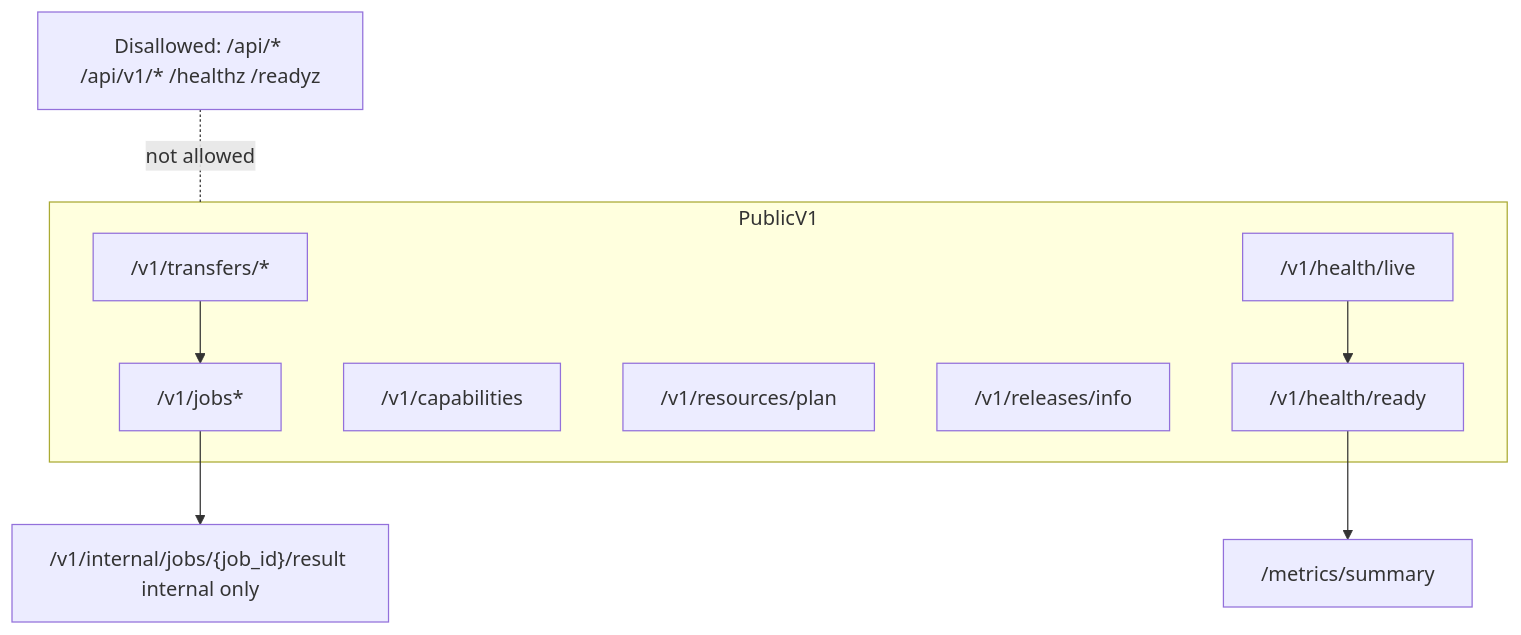
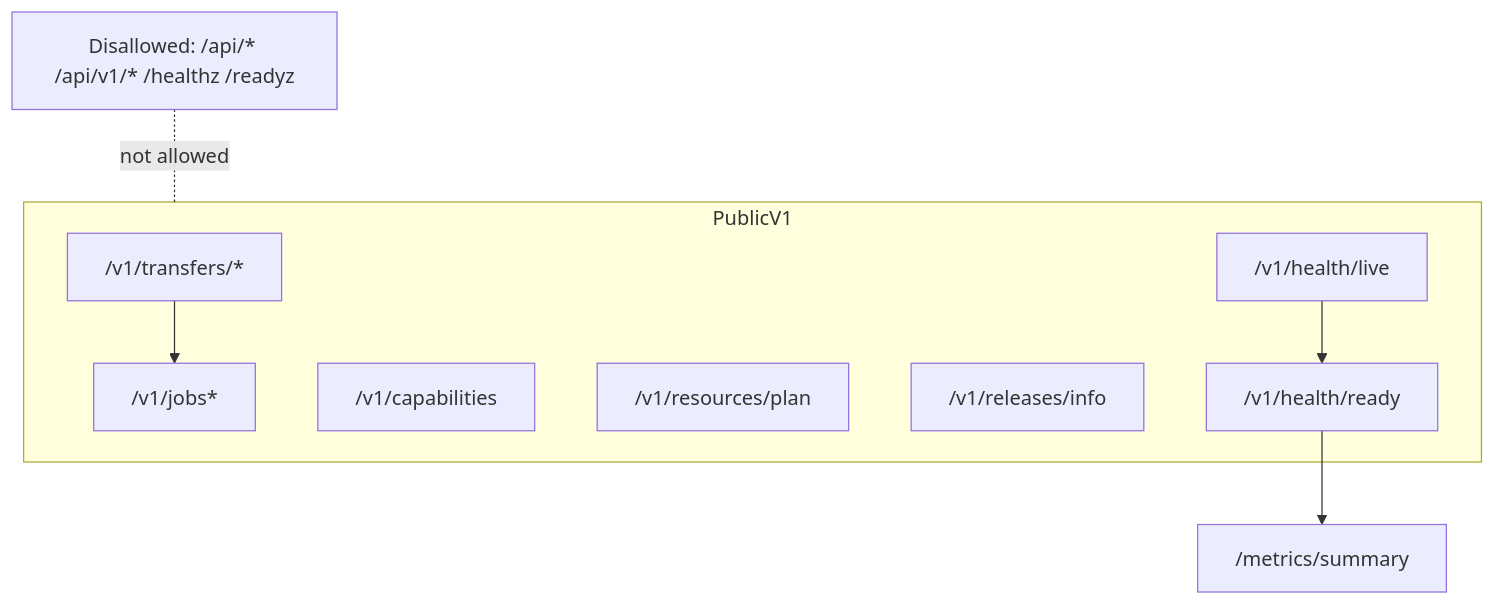
The fourth of 6 diagrams in docs/overview/NOVA-REPO-OVERVIEW.md (BjornMelin/nova), drawn with Mermaid before and after one commit. The commit also changed other lines of this file and 160 other files, not shown here.

````diff
--- a/docs/overview/NOVA-REPO-OVERVIEW.md
+++ b/docs/overview/NOVA-REPO-OVERVIEW.md
@@ -150,21 +129,19 @@
 ```mermaid
 flowchart TB
     subgraph PublicV1
         T["/v1/transfers/*"]
         J["/v1/jobs*"]
         C["/v1/capabilities"]
         R["/v1/resources/plan"]
         RI["/v1/releases/info"]
         HL["/v1/health/live"]
         HR["/v1/health/ready"]
     end
-    INT["/v1/internal/jobs/{job_id}/result internal only"]
     M["/metrics/summary"]
     BAD["Disallowed: /api/* /api/v1/* /healthz /readyz"]
 
     T --> J
-    J --> INT
     HL --> HR
     HR --> M
     BAD -. not allowed .- PublicV1
 ```
````
